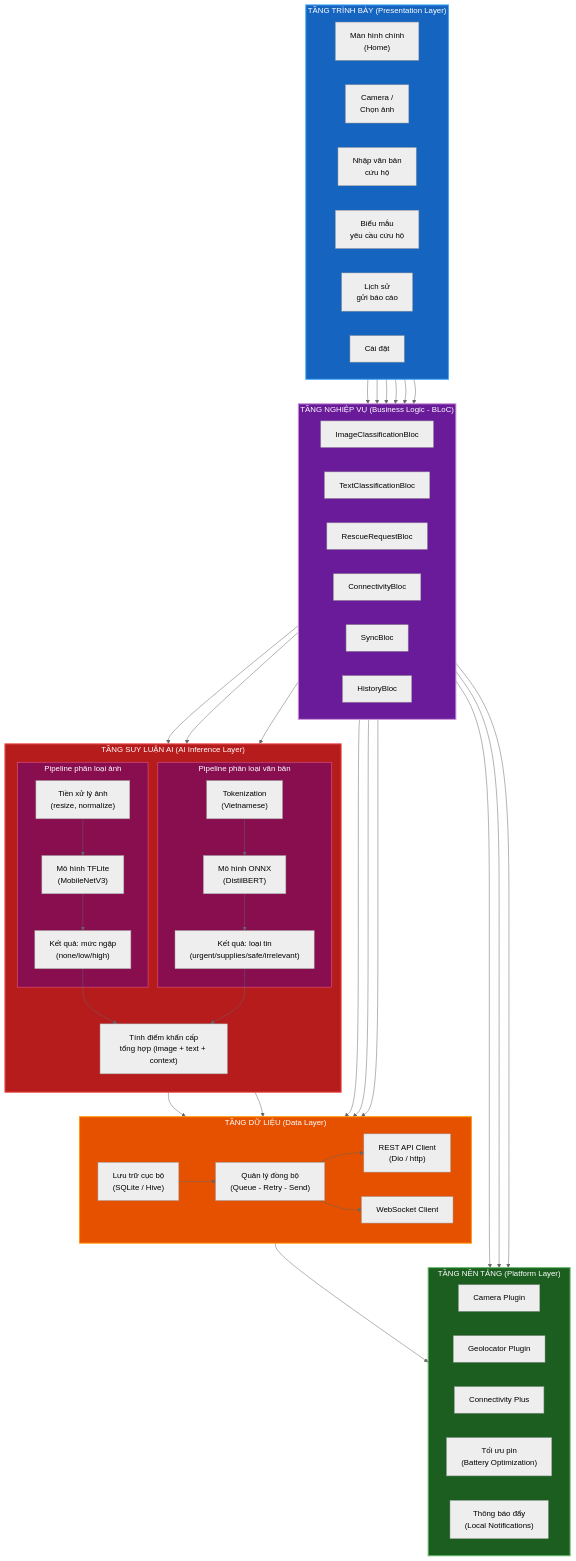
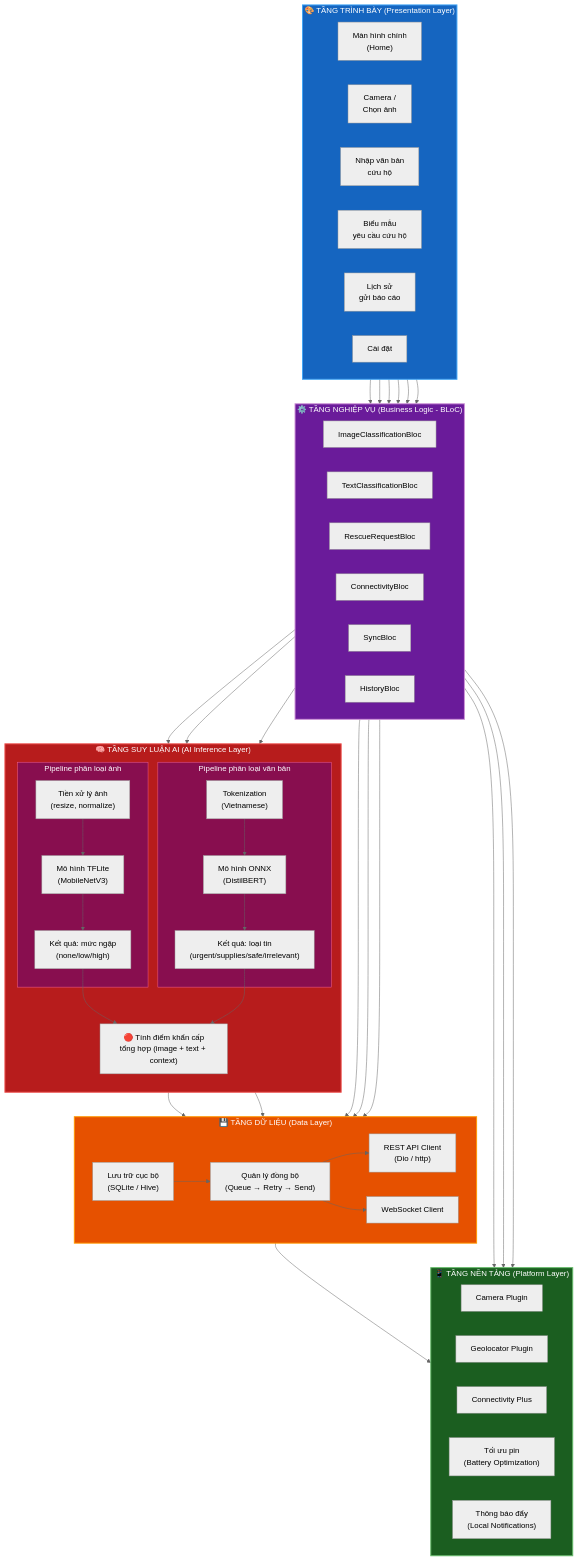
The diagram in diagrams/diagram2_mobile_architecture.mmd (ngthtrong/nckh2), drawn with Mermaid (neutral theme) before and after one commit. The commit also changed 11 other files, not shown here.

First line of the commit message:
Refactor progress report and enhance documentation; add system architecture and mobile architecture diagrams

```diff
--- a/diagrams/diagram2_mobile_architecture.mmd
+++ b/diagrams/diagram2_mobile_architecture.mmd
@@ -1,90 +1,90 @@
 graph TB
-    subgraph PRESENTATION["TẦNG TRÌNH BÀY (Presentation Layer)"]
+    subgraph PRESENTATION["🎨 TẦNG TRÌNH BÀY (Presentation Layer)"]
         direction LR
         S1["Màn hình chính<br/>(Home)"]
         S2["Camera /<br/>Chọn ảnh"]
         S3["Nhập văn bản<br/>cứu hộ"]
         S4["Biểu mẫu<br/>yêu cầu cứu hộ"]
         S5["Lịch sử<br/>gửi báo cáo"]
         S6["Cài đặt"]
     end
 
-    subgraph BLOC["TẦNG NGHIỆP VỤ (Business Logic - BLoC)"]
+    subgraph BLOC["⚙️ TẦNG NGHIỆP VỤ (Business Logic - BLoC)"]
         direction LR
         B1["ImageClassificationBloc"]
         B2["TextClassificationBloc"]
         B3["RescueRequestBloc"]
         B4["ConnectivityBloc"]
         B5["SyncBloc"]
         B6["HistoryBloc"]
     end
 
-    subgraph AI_LAYER["TẦNG SUY LUẬN AI (AI Inference Layer)"]
+    subgraph AI_LAYER["🧠 TẦNG SUY LUẬN AI (AI Inference Layer)"]
         direction TB
         subgraph IMG_PIPE["Pipeline phân loại ảnh"]
             IP1["Tiền xử lý ảnh<br/>(resize, normalize)"]
             IP2["Mô hình TFLite<br/>(MobileNetV3)"]
             IP3["Kết quả: mức ngập<br/>(none/low/high)"]
         end
         subgraph TXT_PIPE["Pipeline phân loại văn bản"]
             TP1["Tokenization<br/>(Vietnamese)"]
             TP2["Mô hình ONNX<br/>(DistilBERT)"]
             TP3["Kết quả: loại tin<br/>(urgent/supplies/safe/irrelevant)"]
         end
-        URGENCY["Tính điểm khẩn cấp<br/>tổng hợp (image + text + context)"]
+        URGENCY["🔴 Tính điểm khẩn cấp<br/>tổng hợp (image + text + context)"]
     end
 
-    subgraph DATA_LAYER["TẦNG DỮ LIỆU (Data Layer)"]
+    subgraph DATA_LAYER["💾 TẦNG DỮ LIỆU (Data Layer)"]
         direction LR
         LOCAL["Lưu trữ cục bộ<br/>(SQLite / Hive)"]
         REST["REST API Client<br/>(Dio / http)"]
         WS_CLIENT["WebSocket Client"]
-        SYNC_MGR["Quản lý đồng bộ<br/>(Queue - Retry - Send)"]
+        SYNC_MGR["Quản lý đồng bộ<br/>(Queue → Retry → Send)"]
     end
 
-    subgraph PLATFORM["TẦNG NỀN TẢNG (Platform Layer)"]
+    subgraph PLATFORM["📱 TẦNG NỀN TẢNG (Platform Layer)"]
         direction LR
         P_CAM["Camera Plugin"]
         P_GPS["Geolocator Plugin"]
         P_NET["Connectivity Plus"]
         P_BAT["Tối ưu pin<br/>(Battery Optimization)"]
         P_NOTIF["Thông báo đẩy<br/>(Local Notifications)"]
     end
 
     S1 --> B3
     S2 --> B1
     S3 --> B2
     S4 --> B3
     S5 --> B6
     S6 --> B4
 
     B1 --> IP1
     B2 --> TP1
     IP1 --> IP2 --> IP3
     TP1 --> TP2 --> TP3
     IP3 --> URGENCY
     TP3 --> URGENCY
     B3 --> URGENCY
 
     URGENCY --> LOCAL
     URGENCY --> SYNC_MGR
     B4 --> SYNC_MGR
     B5 --> SYNC_MGR
     B6 --> LOCAL
 
     SYNC_MGR --> REST
     SYNC_MGR --> WS_CLIENT
     LOCAL --> SYNC_MGR
 
     B1 --> P_CAM
     B3 --> P_GPS
     B4 --> P_NET
     SYNC_MGR --> P_BAT
 
     style PRESENTATION fill:#1565c0,stroke:#42a5f5,color:#fff,stroke-width:2px
     style BLOC fill:#6a1b9a,stroke:#ce93d8,color:#fff,stroke-width:2px
     style AI_LAYER fill:#b71c1c,stroke:#ef5350,color:#fff,stroke-width:2px
     style IMG_PIPE fill:#880e4f,stroke:#f06292,color:#fff,stroke-width:1px
     style TXT_PIPE fill:#880e4f,stroke:#f06292,color:#fff,stroke-width:1px
     style DATA_LAYER fill:#e65100,stroke:#ff9800,color:#fff,stroke-width:2px
     style PLATFORM fill:#1b5e20,stroke:#66bb6a,color:#fff,stroke-width:2px
```
